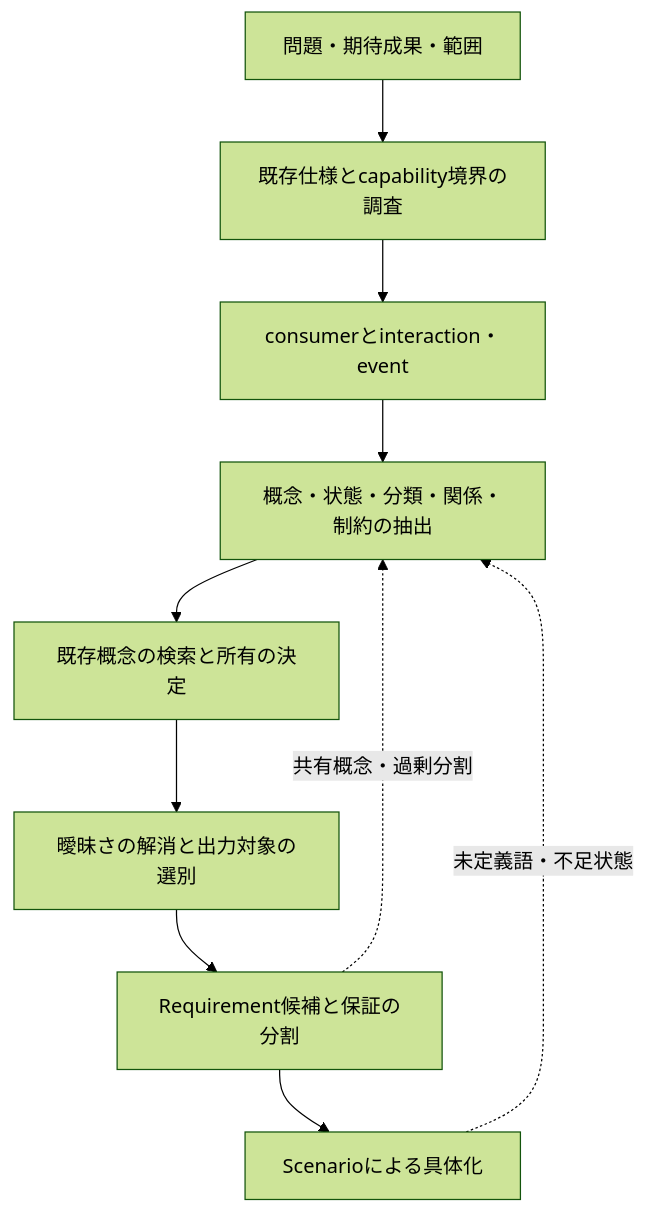
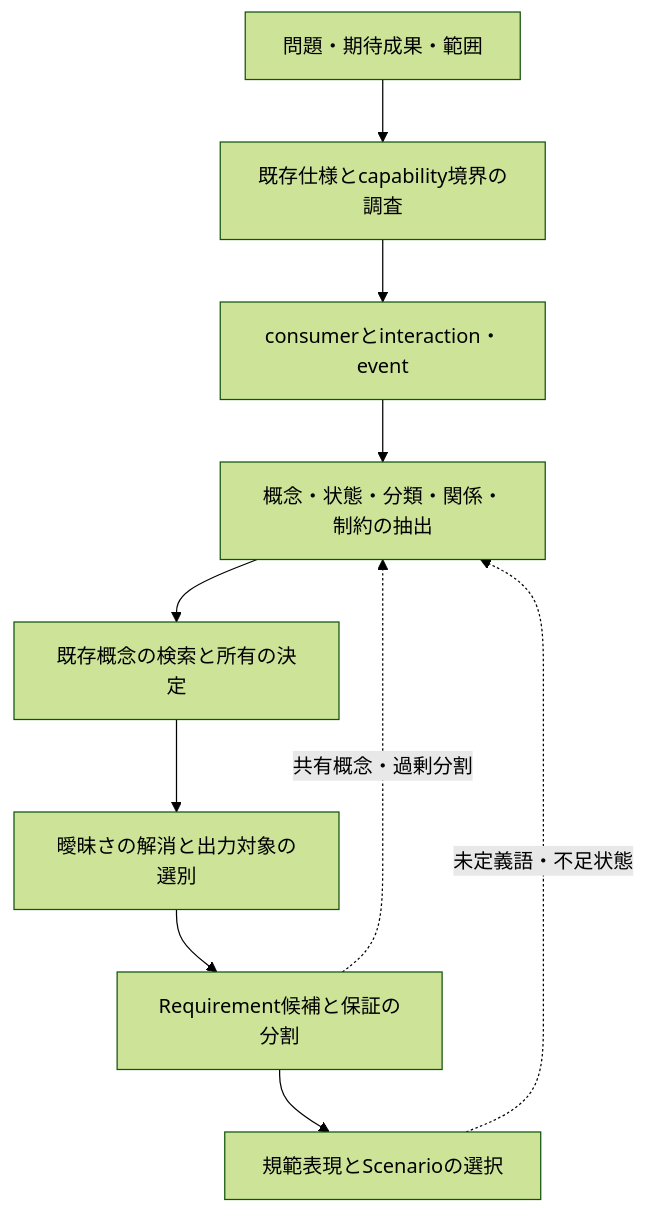
Before and after one commit to kotokumu/arcloom: the diagram in openspec/specs/MODELING.md, drawn with Mermaid (forest theme). The commit also changed other lines of this file and 30 other files, not shown here.

````diff
--- a/openspec/specs/MODELING.md
+++ b/openspec/specs/MODELING.md
@@ -8,12 +8,12 @@
 ```mermaid
 flowchart TD
     A[問題・期待成果・範囲] --> B[既存仕様とcapability境界の調査]
     B --> C[consumerとinteraction・event]
     C --> D[概念・状態・分類・関係・制約の抽出]
     D --> E[既存概念の検索と所有の決定]
     E --> F[曖昧さの解消と出力対象の選別]
     F --> G[Requirement候補と保証の分割]
-    G --> H[Scenarioによる具体化]
+    G --> H[規範表現とScenarioの選択]
     H -. 未定義語・不足状態 .-> D
     G -. 共有概念・過剰分割 .-> D
 ```
````
